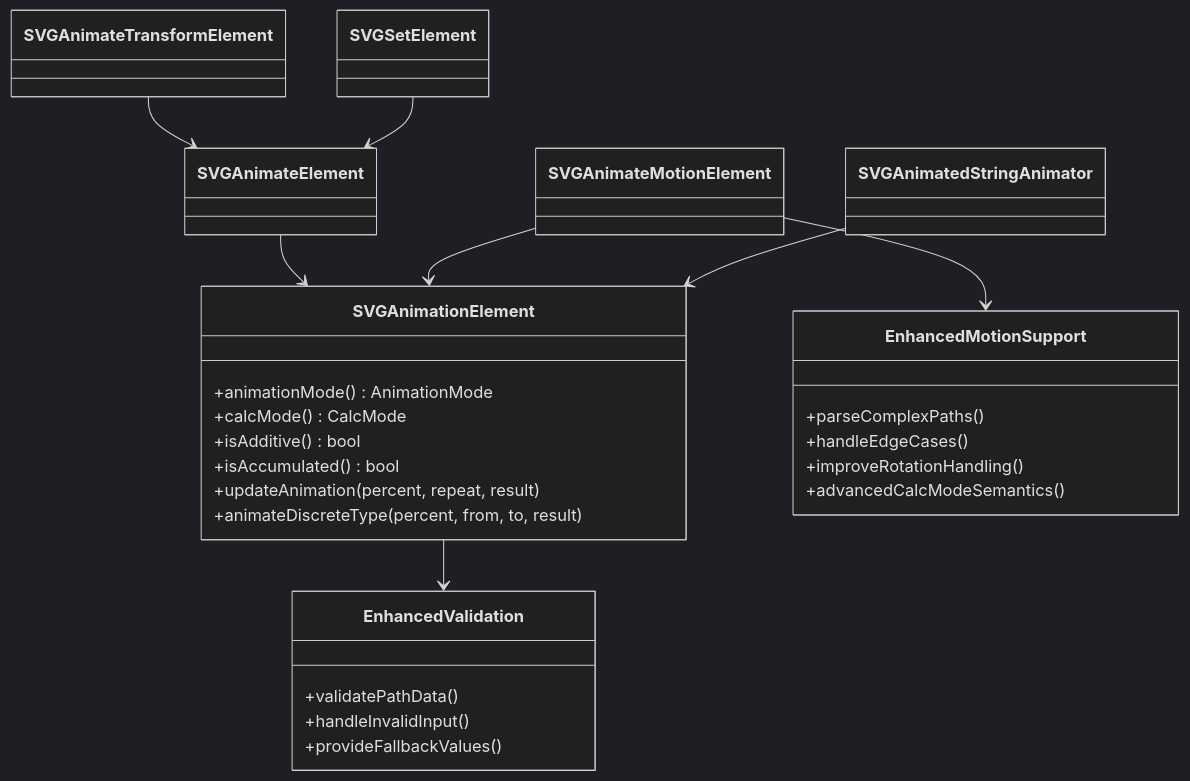
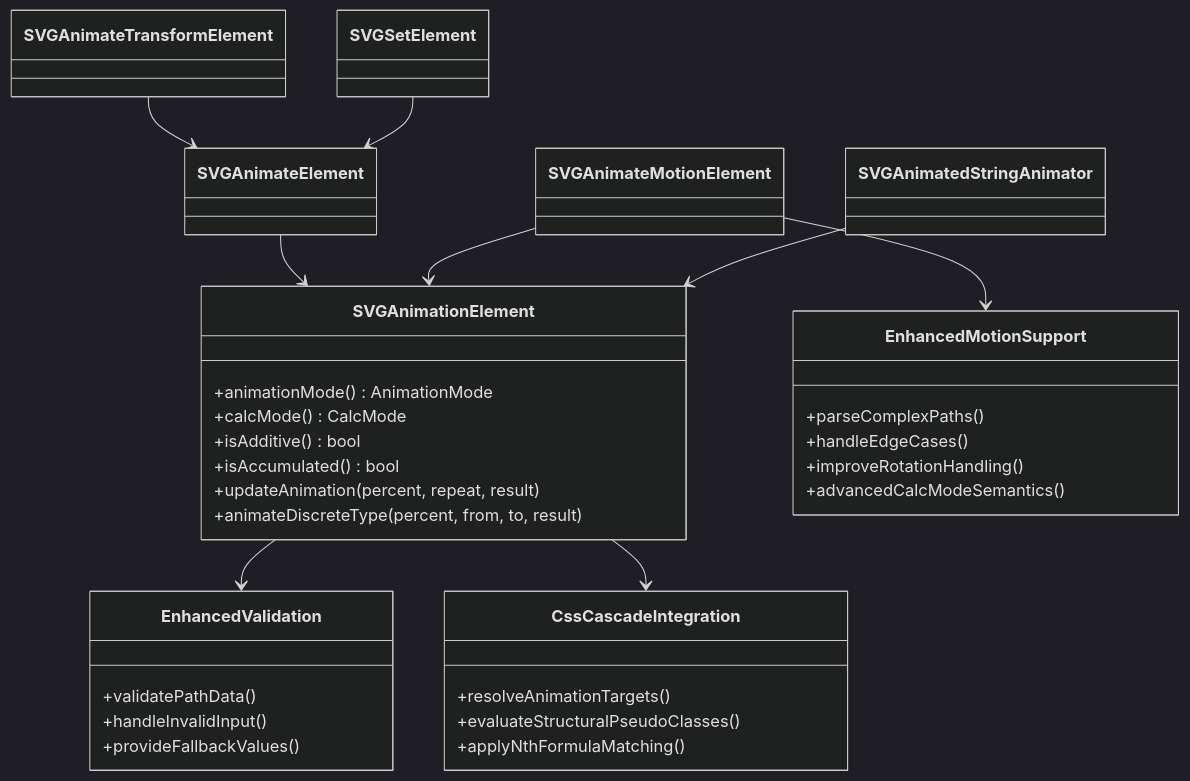
Before and after one commit to denisnadey/flutter_full_svg_support: the seventh of 14 diagrams in .qoder/repowiki/en/content/Animated SVG Support/SMIL Animation Specification/SMIL Animation Specification.md, drawn with Mermaid (dark theme). The commit also changed other lines of this file and 25 other files, not shown here.

````diff
--- a/.qoder/repowiki/en/content/Animated SVG Support/SMIL Animation Specification/SMIL Animation Specification.md
+++ b/.qoder/repowiki/en/content/Animated SVG Support/SMIL Animation Specification/SMIL Animation Specification.md
@@ -378,29 +512,35 @@
 ```mermaid
 classDiagram
 class SVGAnimationElement {
 +animationMode() AnimationMode
 +calcMode() CalcMode
 +isAdditive() bool
 +isAccumulated() bool
 +updateAnimation(percent, repeat, result)
 +animateDiscreteType(percent, from, to, result)
 }
 class EnhancedValidation {
 +validatePathData()
 +handleInvalidInput()
 +provideFallbackValues()
 }
 class EnhancedMotionSupport {
 +parseComplexPaths()
 +handleEdgeCases()
 +improveRotationHandling()
 +advancedCalcModeSemantics()
 }
+class CssCascadeIntegration {
++resolveAnimationTargets()
++evaluateStructuralPseudoClasses()
++applyNthFormulaMatching()
+}
 SVGAnimateElement --> SVGAnimationElement
 SVGAnimateTransformElement --> SVGAnimateElement
 SVGAnimateMotionElement --> SVGAnimationElement
 SVGSetElement --> SVGAnimateElement
 SVGAnimatedStringAnimator --> SVGAnimationElement
 SVGAnimationElement --> EnhancedValidation
 SVGAnimateMotionElement --> EnhancedMotionSupport
+SVGAnimationElement --> CssCascadeIntegration
 ```
````
